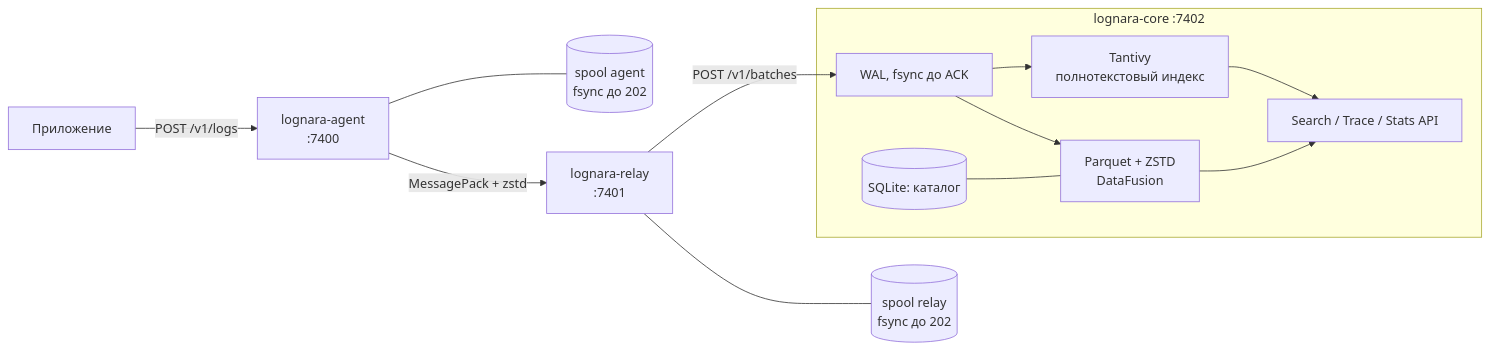
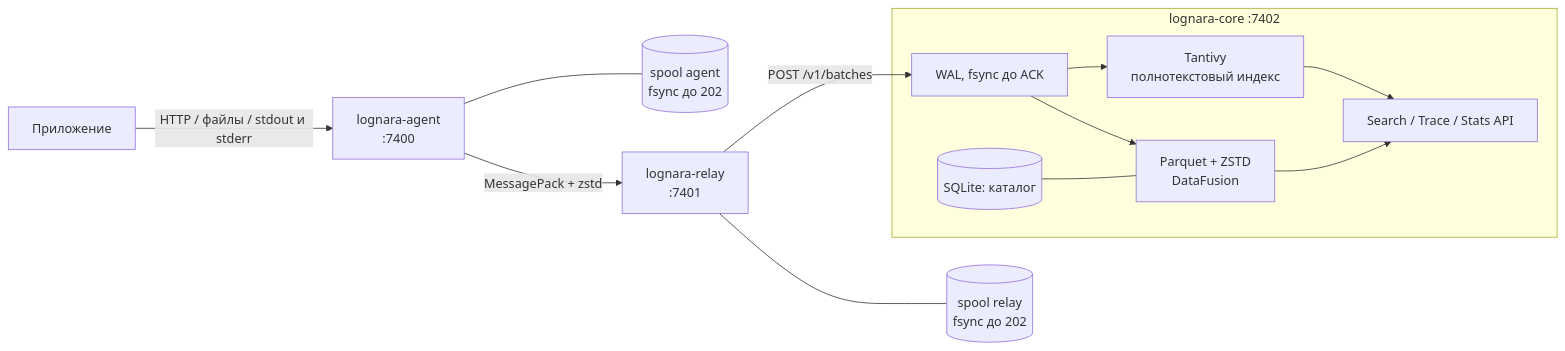
The diagram in README.md (Liis17/Lognara), drawn with Mermaid before and after one commit. The commit also changed other lines of this file and 27 other files, not shown here.

````diff
--- a/README.md
+++ b/README.md
@@ -18,16 +18,16 @@
 ```mermaid
 flowchart LR
-    App["Приложение"] -->|"POST /v1/logs"| Agent["lognara-agent<br/>:7400"]
+    App["Приложение"] -->|"HTTP / файлы / stdout и stderr"| Agent["lognara-agent<br/>:7400"]
     Agent -->|"MessagePack + zstd"| Relay["lognara-relay<br/>:7401"]
     Agent --- AgentSpool[("spool agent<br/>fsync до 202")]
     Relay --- Spool[("spool relay<br/>fsync до 202")]
     Relay -->|"POST /v1/batches"| WAL
 
     subgraph Core["lognara-core :7402"]
         WAL["WAL, fsync до ACK"] --> Seg["Parquet + ZSTD<br/>DataFusion"]
         WAL --> Idx["Tantivy<br/>полнотекстовый индекс"]
         Cat[("SQLite: каталог")] --- Seg
         Seg --> API["Search / Trace / Stats API"]
         Idx --> API
     end
 ```
````
